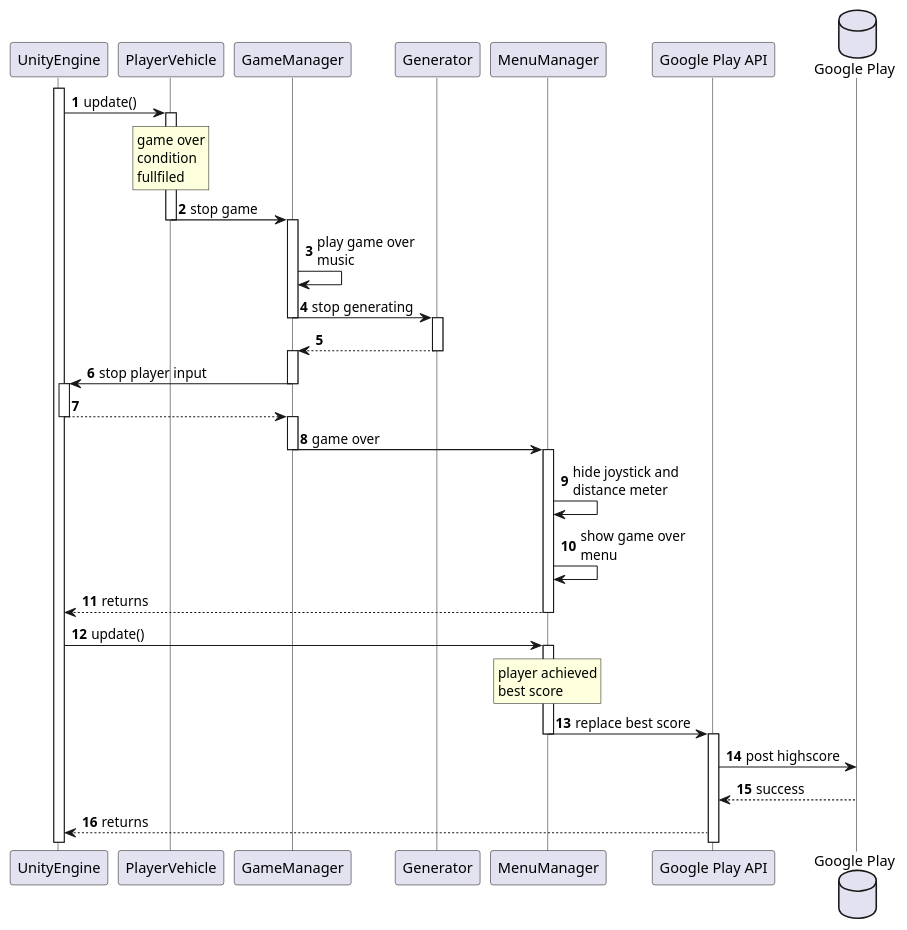
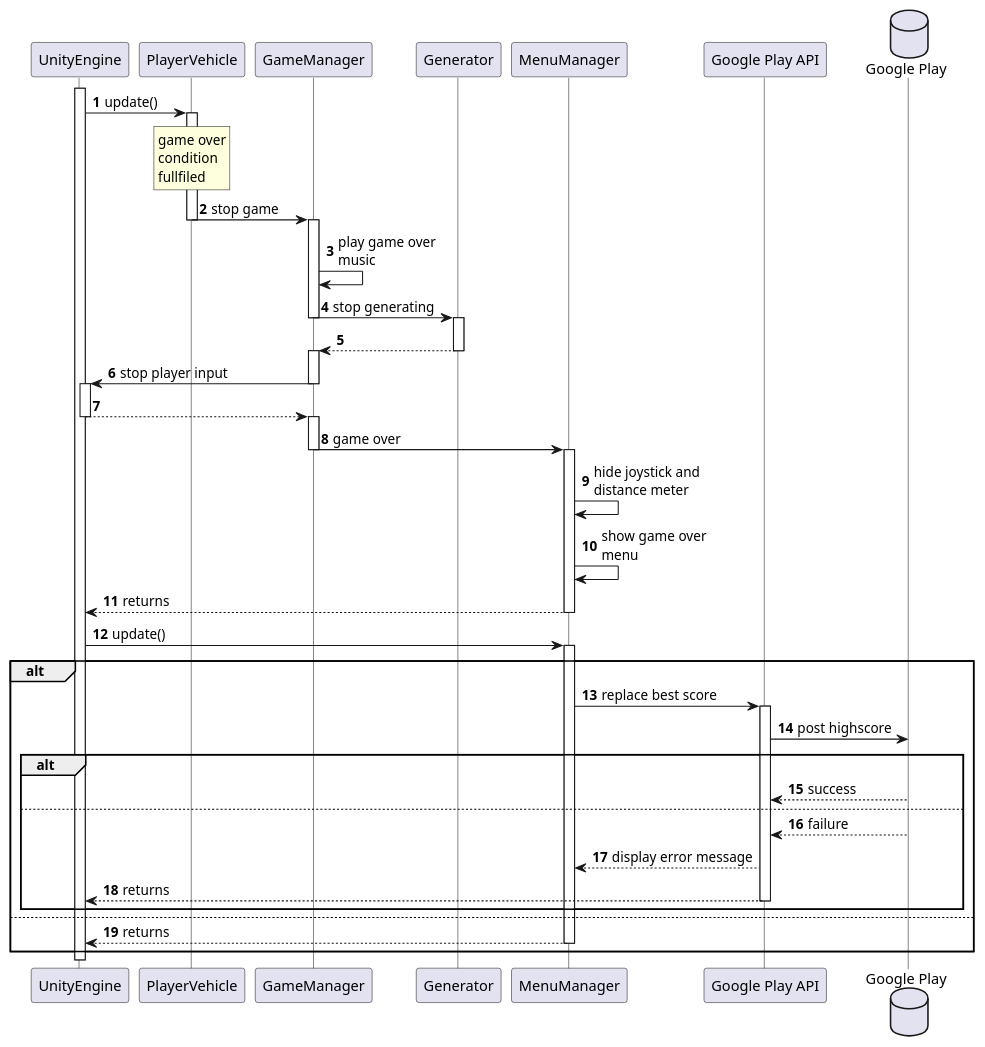
One commit to CKTA00/Robbery_Rush_UML changed the diagram in UML/game_over_sequence_diagram.puml. Above: the diagram before and after it, drawn with PlantUML.

Commit message:
added alts to game over seq

```diff
--- a/UML/game_over_sequence_diagram.puml
+++ b/UML/game_over_sequence_diagram.puml
@@ -1,36 +1,46 @@
 @startuml
 'https://plantuml.com/sequence-diagram
 
 autonumber
 skinparam lifelineStrategy solid
 participant UnityEngine
 activate UnityEngine
 UnityEngine -> PlayerVehicle ++: update()
 rnote over PlayerVehicle: game over\ncondition\nfullfiled
 
 PlayerVehicle -> GameManager --++: stop game
 
 GameManager -> GameManager: play game over\nmusic
 GameManager -> Generator--++: stop generating
 GameManager <-- Generator--++:
 
 GameManager -> UnityEngine--++: stop player input
 GameManager <-- UnityEngine--++:
 
 GameManager -> MenuManager --++: game over
 MenuManager -> MenuManager : hide joystick and\ndistance meter
 MenuManager -> MenuManager : show game over\nmenu
 'GameManager <-- MenuManager --++:
 'GameManager --> PlayerVehicle--++:
 'PlayerVehicle --> UnityEngine--:
 MenuManager --> UnityEngine--: returns
 UnityEngine -> MenuManager ++: update()
-rnote over MenuManager: player achieved\nbest score
-MenuManager -> "Google Play API" --++: replace best score
-database "Google Play"
-"Google Play API" -> "Google Play": post highscore
-"Google Play API" <-- "Google Play": success
-"Google Play API" --> UnityEngine: returns
+'rnote over MenuManager: player achieved\nbest score
+group alt
+    MenuManager -> "Google Play API" ++: replace best score
+    database "Google Play"
+    "Google Play API" -> "Google Play": post highscore
+    group alt
+        "Google Play API" <-- "Google Play": success
+    else
+        "Google Play API" <-- "Google Play" : failure
+        "Google Play API" --> "MenuManager" : display error message
+        "Google Play API" --> UnityEngine -- :returns
+    end
+else
+    "MenuManager" --> UnityEngine --: returns
+end
+
 
 
 @enduml
```
